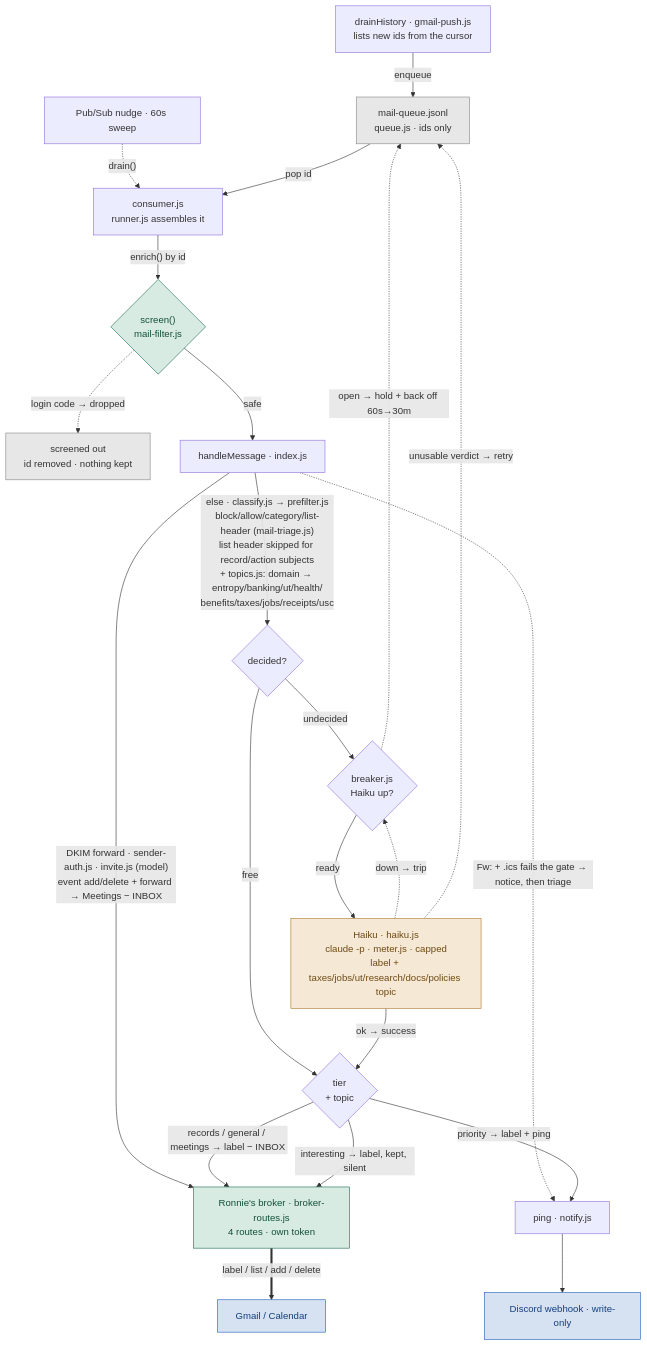
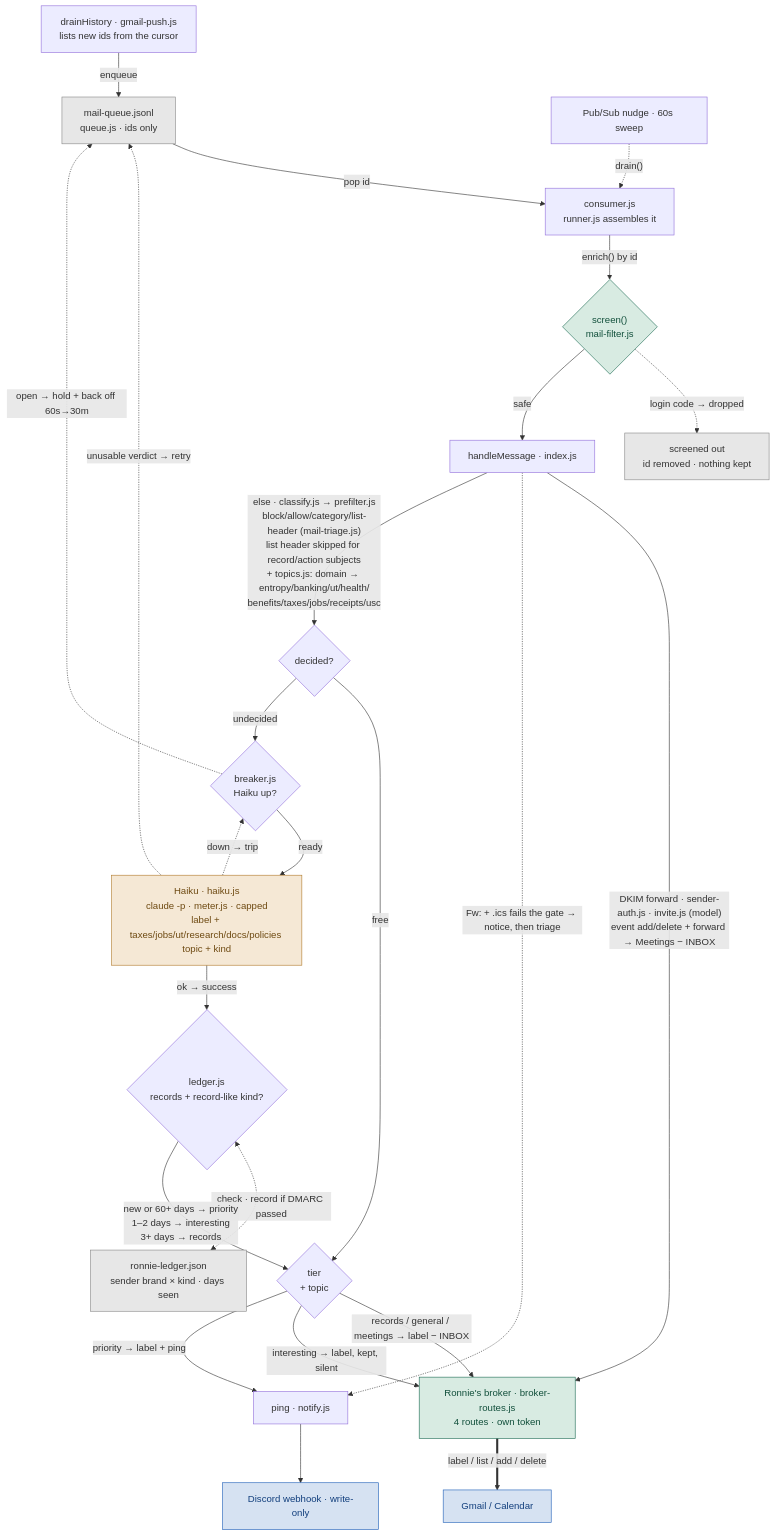
Before and after one commit to KubaJerz/alfred-node: the third of 6 diagrams in SYSTEM-MAP.md, drawn with Mermaid. The commit also changed other lines of this file and 10 other files, not shown here.

First line of the commit message:
feat: add a novelty ledger for Ronnie's routine records

````diff
--- a/SYSTEM-MAP.md
+++ b/SYSTEM-MAP.md
@@ -196,33 +196,35 @@
 ```mermaid
 flowchart TD
     D["drainHistory · gmail-push.js<br/>lists new ids from the cursor"] -->|"enqueue"| Q["mail-queue.jsonl<br/>queue.js · ids only"]
     T["Pub/Sub nudge · 60s sweep"] -.->|"drain()"| C
     Q -->|"pop id"| C["consumer.js<br/>runner.js assembles it"]
     C -->|"enrich() by id"| SC{"screen()<br/>mail-filter.js"}
     SC -.->|"login code → dropped"| X["screened out<br/>id removed · nothing kept"]
     SC -->|"safe"| H["handleMessage · index.js"]
     H -->|"DKIM forward · sender-auth.js · invite.js (model)<br/>event add/delete + forward → Meetings − INBOX"| RBR
     H -.->|"Fw: + .ics fails the gate → notice, then triage"| PING
     H -->|"else · classify.js → prefilter.js<br/>block/allow/category/list-header (mail-triage.js)<br/>list header skipped for record/action subjects<br/>+ topics.js: domain → entropy/banking/ut/health/<br/>benefits/taxes/jobs/receipts/usc"| PF{"decided?"}
     PF -->|"free"| ACT
     PF -->|"undecided"| BR{"breaker.js<br/>Haiku up?"}
-    BR -->|"ready"| HK["Haiku · haiku.js<br/>claude -p · meter.js · capped<br/>label + taxes/jobs/ut/research/docs/policies topic"]
+    BR -->|"ready"| HK["Haiku · haiku.js<br/>claude -p · meter.js · capped<br/>label + taxes/jobs/ut/research/docs/policies topic + kind"]
     BR -.->|"open → hold + back off 60s→30m"| Q
-    HK -->|"ok → success"| ACT{"tier<br/>+ topic"}
+    HK -->|"ok → success"| LG{"ledger.js<br/>records + record-like kind?"}
+    LG <-.->|"check · record if DMARC passed"| LF["ronnie-ledger.json<br/>sender brand × kind · days seen"]
+    LG -->|"new or 60+ days → priority<br/>1–2 days → interesting<br/>3+ days → records"| ACT{"tier<br/>+ topic"}
     HK -.->|"down → trip"| BR
     HK -.->|"unusable verdict → retry"| Q
     ACT -->|"records / general / meetings → label − INBOX"| RBR
     ACT -->|"interesting → label, kept, silent"| RBR
     ACT -->|"priority → label + ping"| PING["ping · notify.js"]
     RBR["Ronnie's broker · broker-routes.js<br/>4 routes · own token"] ==>|"label / list / add / delete"| GM["Gmail / Calendar"]
     PING --> DIS["Discord webhook · write-only"]
 
     classDef external fill:#d6e2f2,stroke:#1f5fb8,color:#123f7d
     classDef gateway fill:#d8ebe2,stroke:#1b6b52,color:#12503c
     classDef agent fill:#f5e8d5,stroke:#b07a2a,color:#6e4a12
     classDef store fill:#e7e7e7,stroke:#888,color:#333
     class GM,DIS external
     class SC,RBR gateway
     class HK agent
-    class Q,X store
+    class Q,X,LF store
 ```
````
